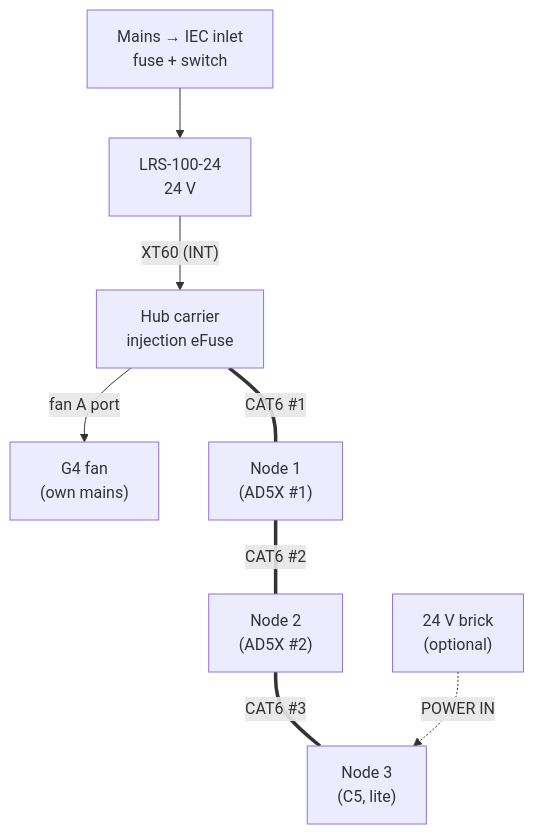
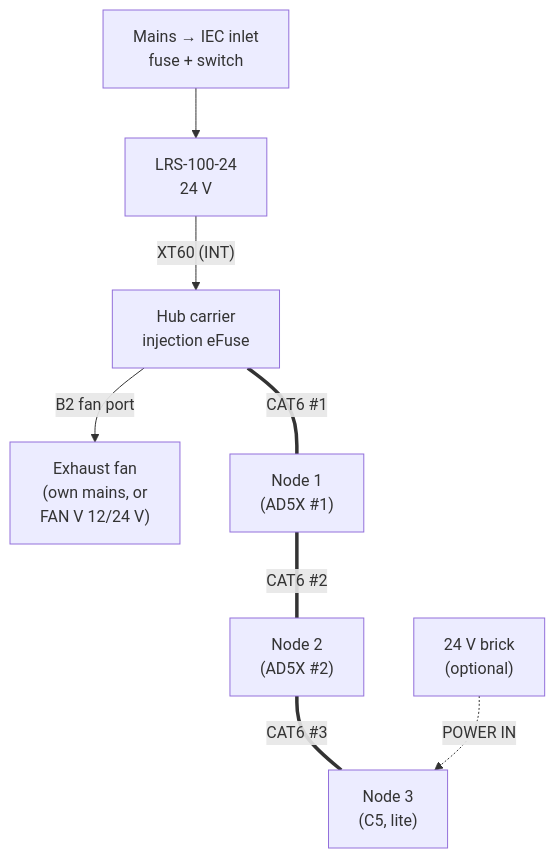
One commit to BashfulBits/3dp-fleet-exhaust changed the first of 3 diagrams in docs/04_wiring_and_pinouts.md. Above: the diagram before and after it, drawn with Mermaid. The commit also changed other lines of this file and 6 other files, not shown here.

First line of the commit message:
D85: exhaust on B2, buzzer on servo header, 12 V fan supply

````diff
--- a/docs/04_wiring_and_pinouts.md
+++ b/docs/04_wiring_and_pinouts.md
@@ -9,10 +9,10 @@
 ```mermaid
 flowchart TB
   IEC["Mains → IEC inlet<br>fuse + switch"] --> PSU["LRS-100-24<br>24 V"]
   PSU -->|"XT60 (INT)"| HC["Hub carrier<br>injection eFuse"]
-  HC -->|"fan A port"| FAN["G4 fan<br>(own mains)"]
+  HC -->|"B2 fan port"| FAN["Exhaust fan<br>(own mains, or<br>FAN V 12/24 V)"]
   HC ===|"CAT6 #1"| N1["Node 1<br>(AD5X #1)"]
   N1 ===|"CAT6 #2"| N2["Node 2<br>(AD5X #2)"]
   N2 ===|"CAT6 #3"| N3["Node 3<br>(C5, lite)"]
   BR["24 V brick<br>(optional)"] -.->|"POWER IN"| N3
 ```
````
